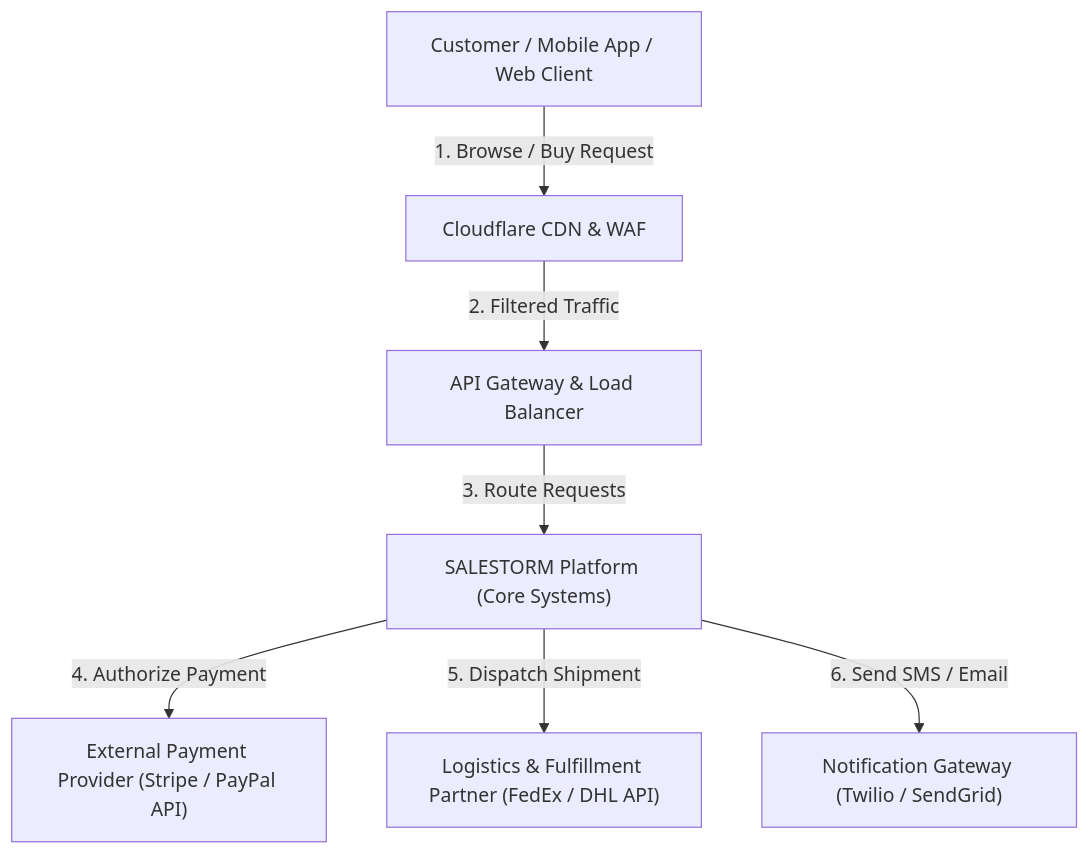
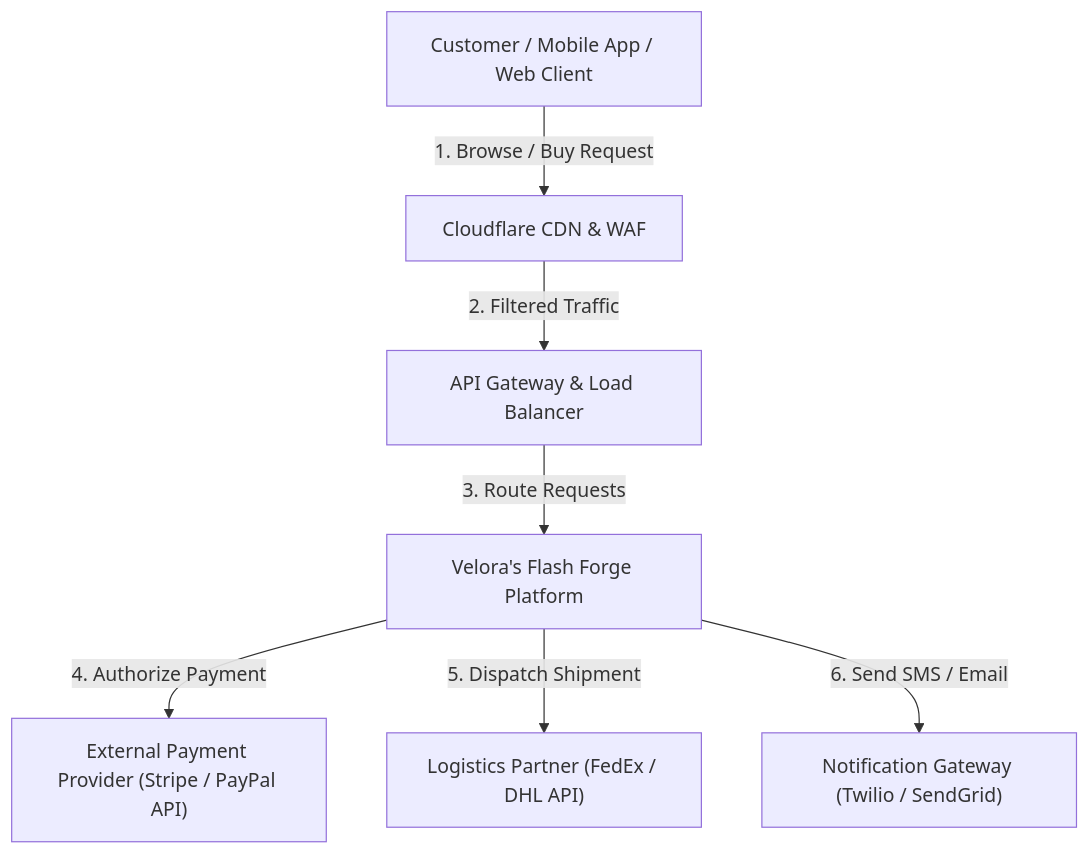
Before and after one commit to KungumapriyaaMKP/Velora-s-Flash-Forge: the first of 3 diagrams in 02_HLD/HLD.md, drawn with Mermaid. The commit also changed other lines of this file and 17 other files, not shown here.

Commit message:
feat: update project name to Velora's Flash Forge, add high-res architecture diagram images and tech stack justification matrix

````diff
--- a/02_HLD/HLD.md
+++ b/02_HLD/HLD.md
@@ -7,17 +14,17 @@
 ```mermaid
 graph TD
     User["Customer / Mobile App / Web Client"]
     CDN["Cloudflare CDN & WAF"]
     LB["API Gateway & Load Balancer"]
-    SaleSystem["SALESTORM Platform (Core Systems)"]
+    SaleSystem["Velora's Flash Forge Platform"]
     PaymentGateway["External Payment Provider (Stripe / PayPal API)"]
-    LogisticsProvider["Logistics & Fulfillment Partner (FedEx / DHL API)"]
+    LogisticsProvider["Logistics Partner (FedEx / DHL API)"]
     NotificationGW["Notification Gateway (Twilio / SendGrid)"]
 
     User -->|1. Browse / Buy Request| CDN
     CDN -->|2. Filtered Traffic| LB
     LB -->|3. Route Requests| SaleSystem
     SaleSystem -->|4. Authorize Payment| PaymentGateway
     SaleSystem -->|5. Dispatch Shipment| LogisticsProvider
     SaleSystem -->|6. Send SMS / Email| NotificationGW
 ```
````
